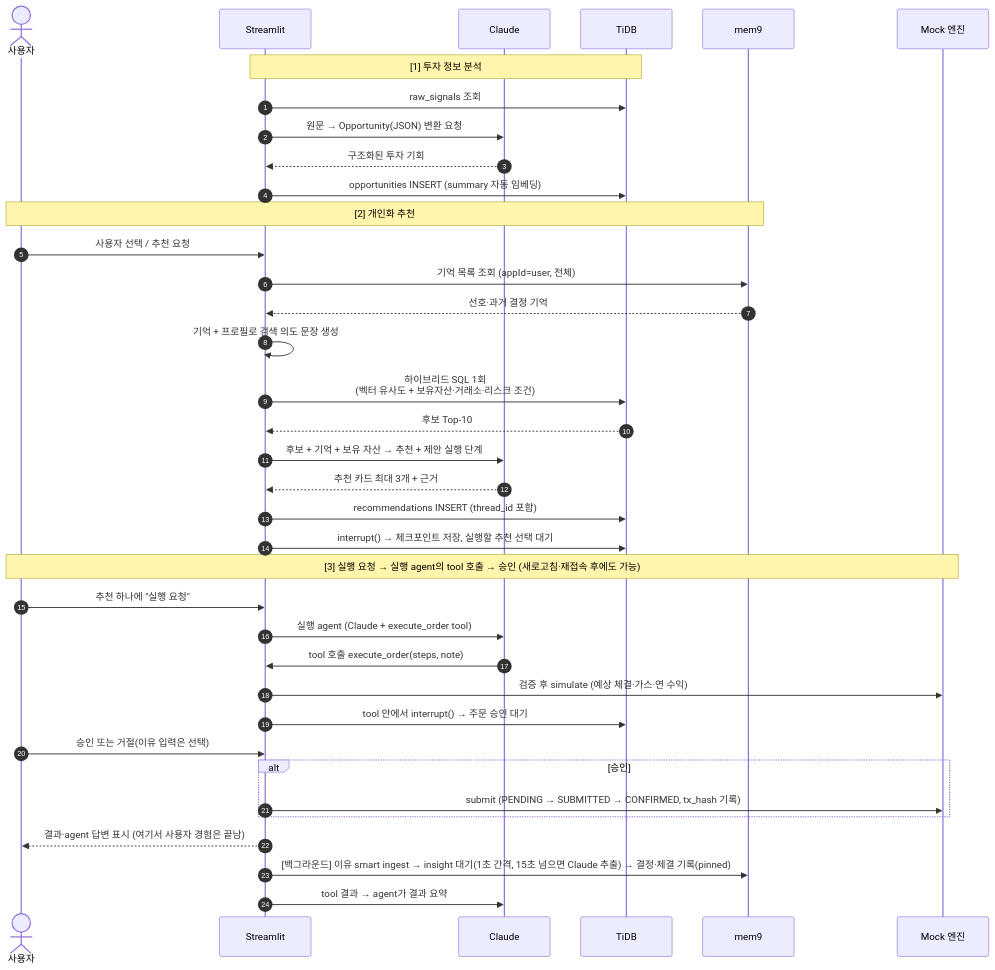
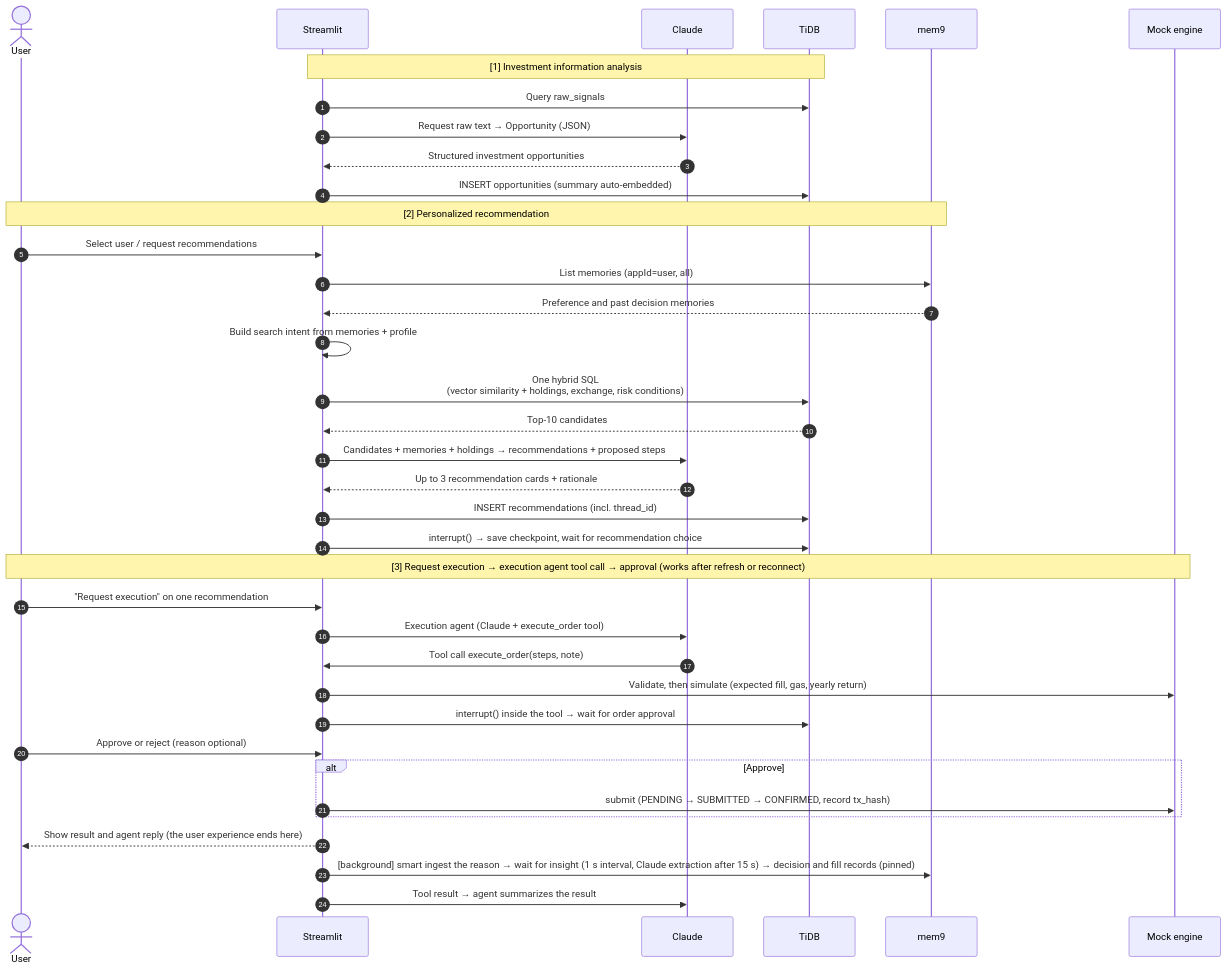
Before and after one commit to pdkajonpai-thai/tidb-mem9-demo: the second of 4 diagrams in docs/ARCHITECTURE.md, drawn with Mermaid. The commit also changed other lines of this file and 37 other files, not shown here.

First line of the commit message:
Translate code comments, docstrings, README and ARCHITECTURE.md to English

````diff
--- a/docs/ARCHITECTURE.md
+++ b/docs/ARCHITECTURE.md
@@ -237,42 +237,42 @@
 ```mermaid
 sequenceDiagram
   autonumber
-  actor U as 사용자
+  actor U as User
   participant UI as Streamlit
   participant L as Claude
   participant DB as TiDB
   participant M as mem9
-  participant E as Mock 엔진
+  participant E as Mock engine
 
-  Note over UI,DB: [1] 투자 정보 분석
-  UI->>DB: raw_signals 조회
-  UI->>L: 원문 → Opportunity(JSON) 변환 요청
-  L-->>UI: 구조화된 투자 기회
-  UI->>DB: opportunities INSERT (summary 자동 임베딩)
+  Note over UI,DB: [1] Investment information analysis
+  UI->>DB: Query raw_signals
+  UI->>L: Request raw text → Opportunity (JSON)
+  L-->>UI: Structured investment opportunities
+  UI->>DB: INSERT opportunities (summary auto-embedded)
 
-  Note over U,M: [2] 개인화 추천
-  U->>UI: 사용자 선택 / 추천 요청
-  UI->>M: 기억 목록 조회 (appId=user, 전체)
-  M-->>UI: 선호·과거 결정 기억
-  UI->>UI: 기억 + 프로필로 검색 의도 문장 생성
-  UI->>DB: 하이브리드 SQL 1회<br/>(벡터 유사도 + 보유자산·거래소·리스크 조건)
-  DB-->>UI: 후보 Top-10
-  UI->>L: 후보 + 기억 + 보유 자산 → 추천 + 제안 실행 단계
-  L-->>UI: 추천 카드 최대 3개 + 근거
-  UI->>DB: recommendations INSERT (thread_id 포함)
-  UI->>DB: interrupt() → 체크포인트 저장, 실행할 추천 선택 대기
+  Note over U,M: [2] Personalized recommendation
+  U->>UI: Select user / request recommendations
+  UI->>M: List memories (appId=user, all)
+  M-->>UI: Preference and past decision memories
+  UI->>UI: Build search intent from memories + profile
+  UI->>DB: One hybrid SQL<br/>(vector similarity + holdings, exchange, risk conditions)
+  DB-->>UI: Top-10 candidates
+  UI->>L: Candidates + memories + holdings → recommendations + proposed steps
+  L-->>UI: Up to 3 recommendation cards + rationale
+  UI->>DB: INSERT recommendations (incl. thread_id)
+  UI->>DB: interrupt() → save checkpoint, wait for recommendation choice
 
-  Note over U,E: [3] 실행 요청 → 실행 agent의 tool 호출 → 승인 (새로고침·재접속 후에도 가능)
-  U->>UI: 추천 하나에 "실행 요청"
-  UI->>L: 실행 agent (Claude + execute_order tool)
-  L->>UI: tool 호출 execute_order(steps, note)
-  UI->>E: 검증 후 simulate (예상 체결·가스·연 수익)
-  UI->>DB: tool 안에서 interrupt() → 주문 승인 대기
-  U->>UI: 승인 또는 거절(이유 입력은 선택)
-  alt 승인
-    UI->>E: submit (PENDING → SUBMITTED → CONFIRMED, tx_hash 기록)
+  Note over U,E: [3] Request execution → execution agent tool call → approval (works after refresh or reconnect)
+  U->>UI: "Request execution" on one recommendation
+  UI->>L: Execution agent (Claude + execute_order tool)
+  L->>UI: Tool call execute_order(steps, note)
+  UI->>E: Validate, then simulate (expected fill, gas, yearly return)
+  UI->>DB: interrupt() inside the tool → wait for order approval
+  U->>UI: Approve or reject (reason optional)
+  alt Approve
+    UI->>E: submit (PENDING → SUBMITTED → CONFIRMED, record tx_hash)
   end
-  UI-->>U: 결과·agent 답변 표시 (여기서 사용자 경험은 끝남)
-  UI->>M: [백그라운드] 이유 smart ingest → insight 대기(1초 간격, 15초 넘으면 Claude 추출) → 결정·체결 기록(pinned)
-  UI->>L: tool 결과 → agent가 결과 요약
+  UI-->>U: Show result and agent reply (the user experience ends here)
+  UI->>M: [background] smart ingest the reason → wait for insight (1 s interval, Claude extraction after 15 s) → decision and fill records (pinned)
+  UI->>L: Tool result → agent summarizes the result
 ```
````
